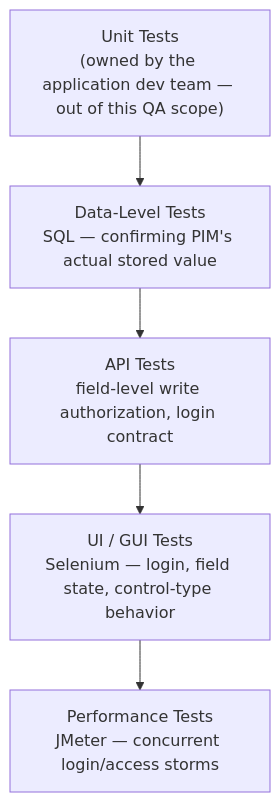
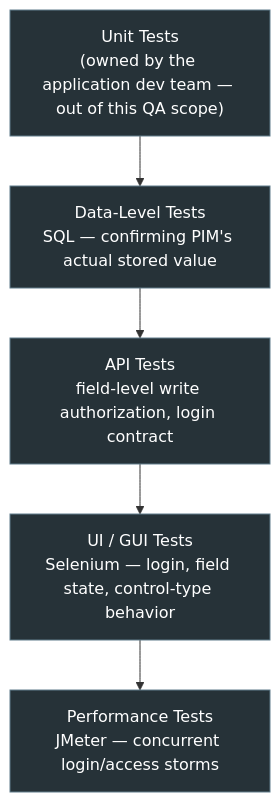
The first of 2 diagrams in docs/tech-and-skills.md (ghanendra-sdet/hrms-platform), drawn with Mermaid before and after one commit. The commit also changed other lines of this file and 1 other file, not shown here.

Commit message:
docs: enrich architecture and tech-and-skills diagrams

````diff
--- a/docs/tech-and-skills.md
+++ b/docs/tech-and-skills.md
@@ -38,9 +38,12 @@
 ```mermaid
 flowchart TD
     UNIT["Unit Tests<br/>(owned by the application dev team — out of this QA scope)"]
     DATA["Data-Level Tests<br/>SQL — confirming PIM's actual stored value"]
     API["API Tests<br/>field-level write authorization, login contract"]
     UI["UI / GUI Tests<br/>Selenium — login, field state, control-type behavior"]
     PERF["Performance Tests<br/>JMeter — concurrent login/access storms"]
     UNIT --> DATA --> API --> UI --> PERF
+
+    classDef layer fill:#263238,stroke:#607d8b,color:#fff
+    class UNIT,DATA,API,UI,PERF layer
 ```
````
